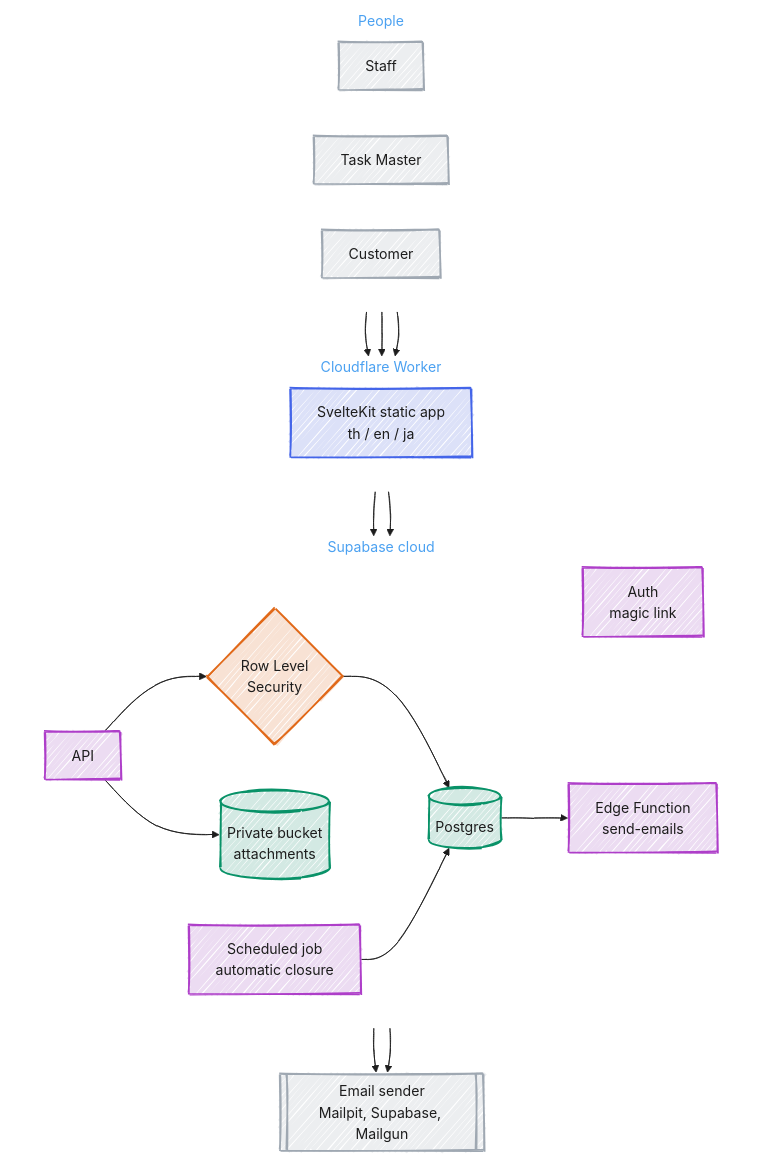
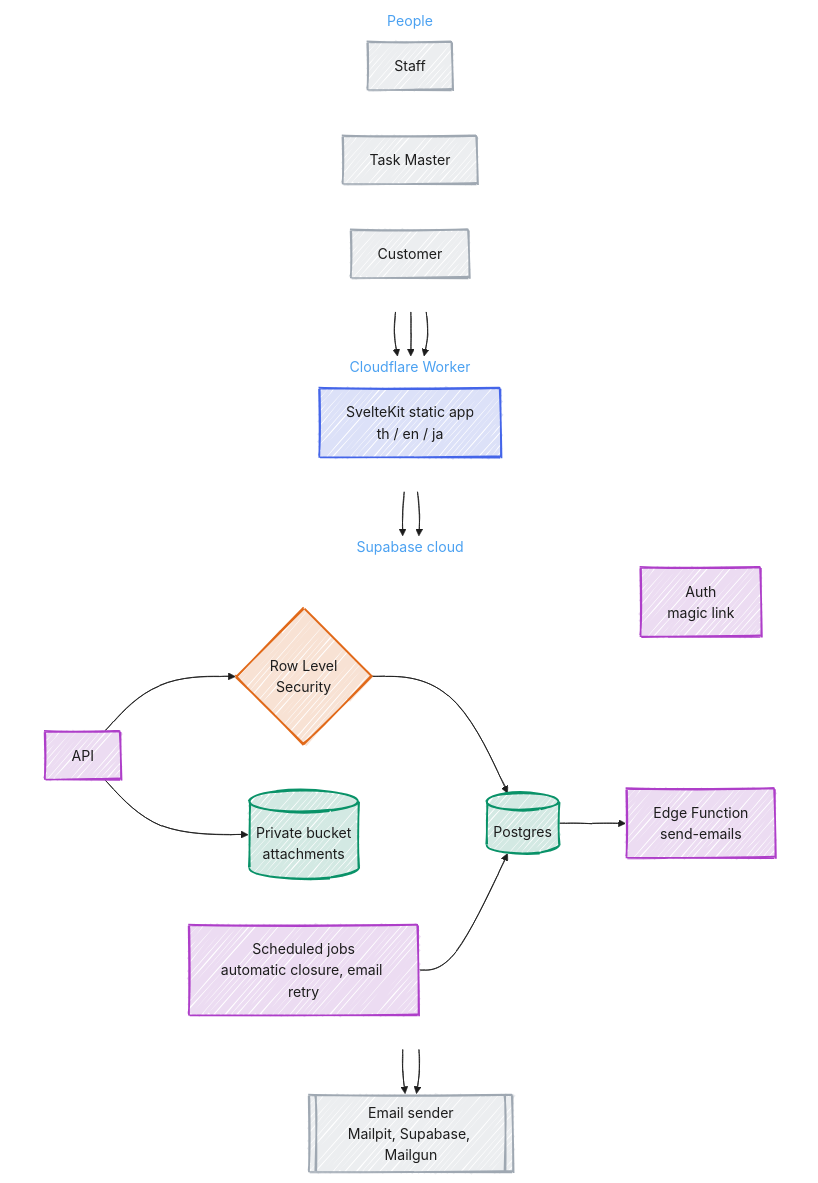
One commit to jedt3d/tasuku changed the fourth of 4 diagrams in docs/diagram/v1-plan.md. Above: the diagram before and after it, drawn with Mermaid. The commit also changed other lines of this file and 7 other files, not shown here.

Commit message:
docs: sync the diagrams with automatic closure (#11)

```diff
--- a/docs/diagram/v1-plan.md
+++ b/docs/diagram/v1-plan.md
@@ -439,7 +439,7 @@
     rls{"Row Level<br/>Security"}:::orange
     db[("Postgres")]:::green
     store[("Private bucket<br/>attachments")]:::green
-    cron["Scheduled job<br/>automatic closure"]:::violet
+    cron["Scheduled jobs<br/>automatic closure, email retry"]:::violet
     fn["Edge Function<br/>send-emails"]:::violet
   end
   mail[["Email sender<br/>Mailpit, Supabase, Mailgun"]]:::grey
```
